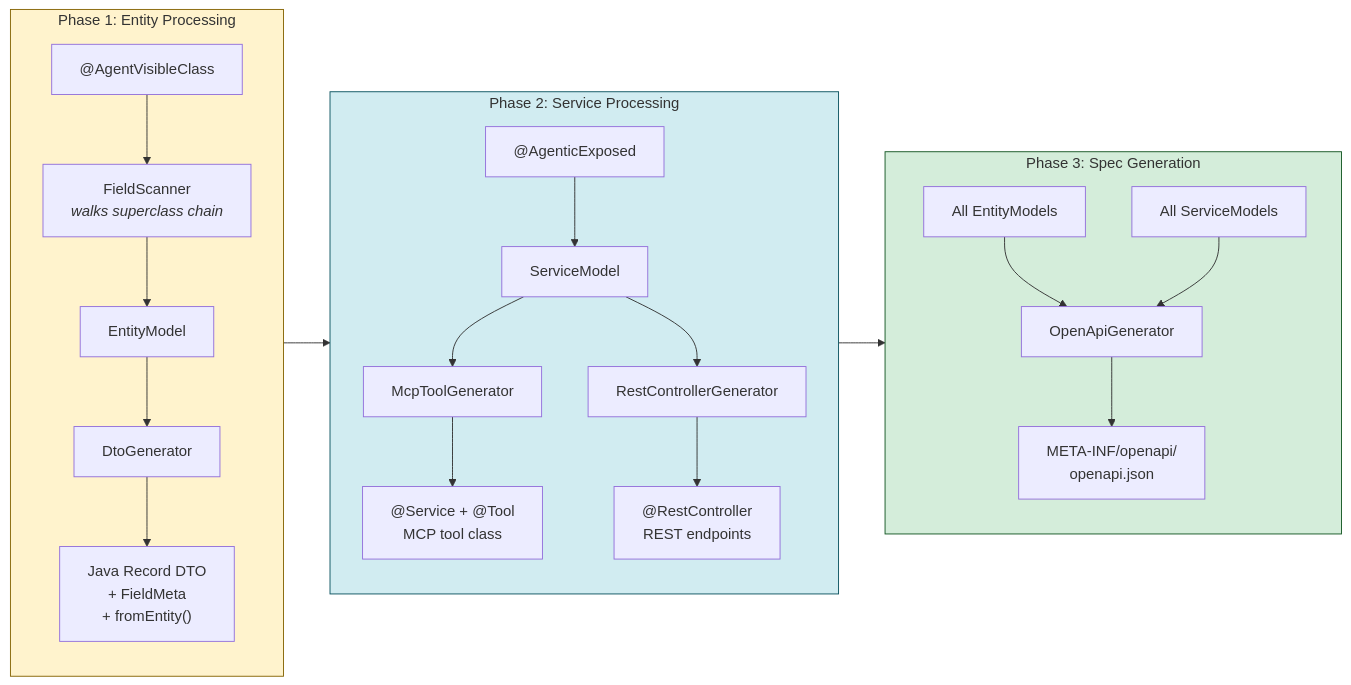
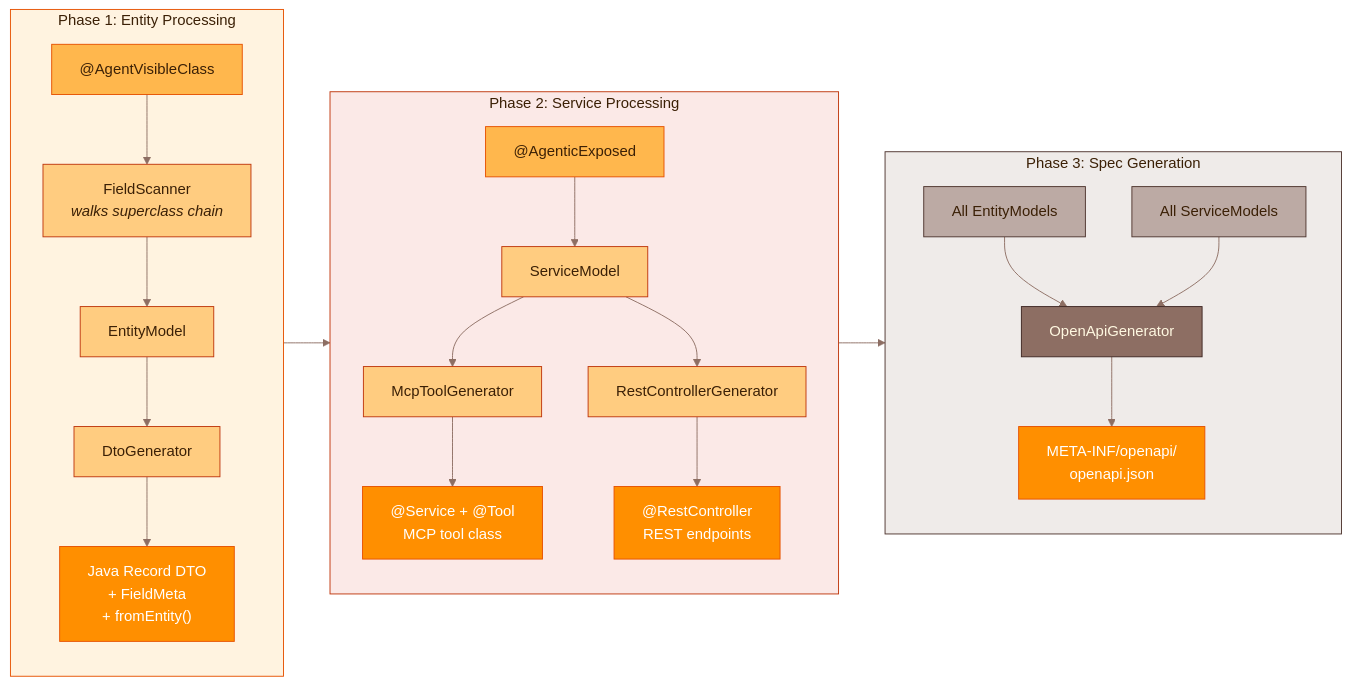
Before and after one commit to gosha70/ai-atlas: the third of 4 diagrams in README.md, drawn with Mermaid. The commit also changed other lines of this file, not shown here.

````diff
--- a/README.md
+++ b/README.md
@@ -141,30 +151,46 @@
 ```mermaid
+%%{init: {'theme': 'base', 'themeVariables': {'primaryColor': '#FFE0B2', 'primaryTextColor': '#3b2006', 'primaryBorderColor': '#E65100', 'lineColor': '#8D6E63', 'textColor': '#3b2006'}}}%%
 flowchart LR
     subgraph P1["Phase 1: Entity Processing"]
         AVC["@AgentVisibleClass"] --> FS["FieldScanner<br/><i>walks superclass chain</i>"]
         FS --> EM["EntityModel"]
         EM --> DG["DtoGenerator"]
         DG --> DTO["Java Record DTO<br/>+ FieldMeta<br/>+ fromEntity()"]
     end
 
     subgraph P2["Phase 2: Service Processing"]
         AE["@AgenticExposed"] --> SM["ServiceModel"]
         SM --> MTG["McpToolGenerator"]
         SM --> RCG["RestControllerGenerator"]
         MTG --> TOOL["@Service + @Tool<br/>MCP tool class"]
         RCG --> CTRL["@RestController<br/>REST endpoints"]
     end
 
     subgraph P3["Phase 3: Spec Generation"]
         EM2["All EntityModels"] --> OAG["OpenApiGenerator"]
         SM2["All ServiceModels"] --> OAG
         OAG --> SPEC["META-INF/openapi/<br/>openapi.json"]
     end
 
     P1 --> P2
     P2 --> P3
 
-    style P1 fill:#fff3cd,stroke:#856404
-    style P2 fill:#d1ecf1,stroke:#0c5460
-    style P3 fill:#d4edda,stroke:#155724
+    style P1 fill:#FFF3E0,stroke:#E65100,color:#3b2006
+    style AVC fill:#FFB74D,stroke:#E65100,color:#3b2006
+    style FS fill:#FFCC80,stroke:#BF360C,color:#3b2006
+    style EM fill:#FFCC80,stroke:#BF360C,color:#3b2006
+    style DG fill:#FFCC80,stroke:#BF360C,color:#3b2006
+    style DTO fill:#FF8F00,stroke:#E65100,color:#fff
+    style P2 fill:#FBE9E7,stroke:#BF360C,color:#3b2006
+    style AE fill:#FFB74D,stroke:#E65100,color:#3b2006
+    style SM fill:#FFCC80,stroke:#BF360C,color:#3b2006
+    style MTG fill:#FFCC80,stroke:#BF360C,color:#3b2006
+    style RCG fill:#FFCC80,stroke:#BF360C,color:#3b2006
+    style TOOL fill:#FF8F00,stroke:#E65100,color:#fff
+    style CTRL fill:#FF8F00,stroke:#E65100,color:#fff
+    style P3 fill:#EFEBE9,stroke:#4E342E,color:#3b2006
+    style EM2 fill:#BCAAA4,stroke:#4E342E,color:#3b2006
+    style SM2 fill:#BCAAA4,stroke:#4E342E,color:#3b2006
+    style OAG fill:#8D6E63,stroke:#3E2723,color:#FFF8E1
+    style SPEC fill:#FF8F00,stroke:#E65100,color:#fff
 ```
````
